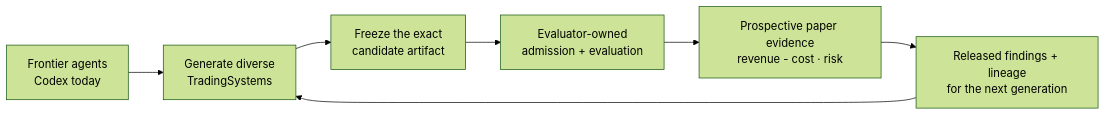
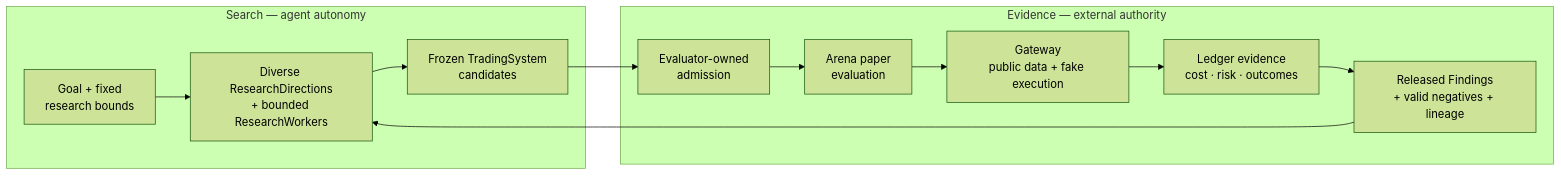
The diagram in README.md (openboa-ai/ouroboros), drawn with Mermaid (forest theme) before and after one commit. The commit also changed other lines of this file and 2 other files, not shown here.

First line of the commit message:
[OURO-241] Rebuild README around the evidence-governed iteration loop (#250)

````diff
--- a/README.md
+++ b/README.md
@@ -22,9 +38,17 @@
 ```mermaid
 flowchart LR
-    A["Frontier agents<br/>Codex today"] --> B["Generate diverse<br/>TradingSystems"]
-    B --> C["Freeze the exact<br/>candidate artifact"]
-    C --> D["Evaluator-owned<br/>admission + evaluation"]
-    D --> E["Prospective paper evidence<br/>revenue - cost · risk"]
-    E --> F["Released findings + lineage<br/>for the next generation"]
-    F --> B
+    subgraph S["Search — agent autonomy"]
+        G["Goal + fixed<br/>research bounds"] --> R["Diverse ResearchDirections<br/>+ bounded ResearchWorkers"]
+        R --> C["Frozen TradingSystem<br/>candidates"]
+    end
+
+    subgraph E["Evidence — external authority"]
+        C --> A["Evaluator-owned<br/>admission"]
+        A --> P["Arena paper<br/>evaluation"]
+        P --> W["Gateway<br/>public data + fake execution"]
+        W --> L["Ledger evidence<br/>cost · risk · outcomes"]
+        L --> M["Released Findings<br/>+ valid negatives + lineage"]
+    end
+
+    M --> R
 ```
````
